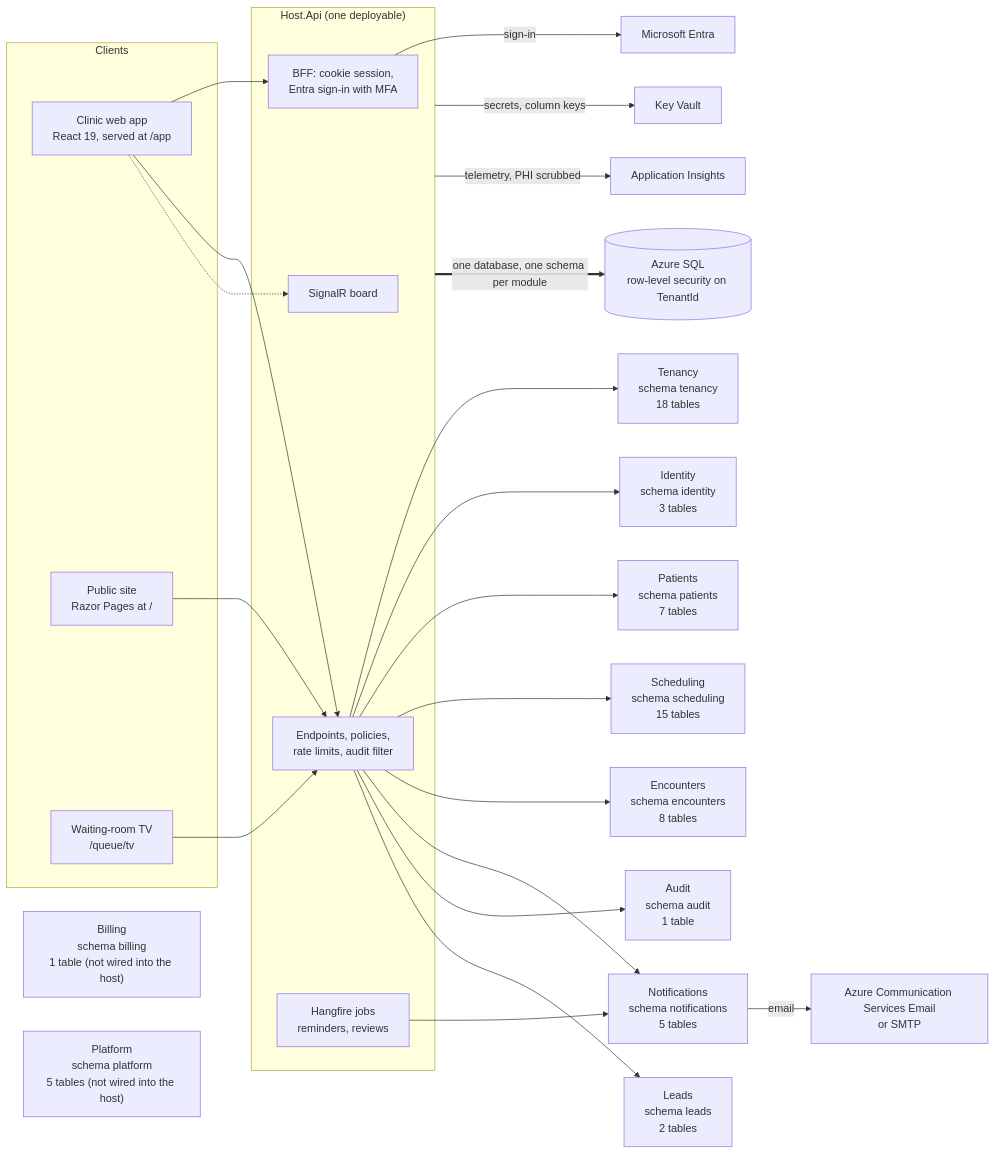
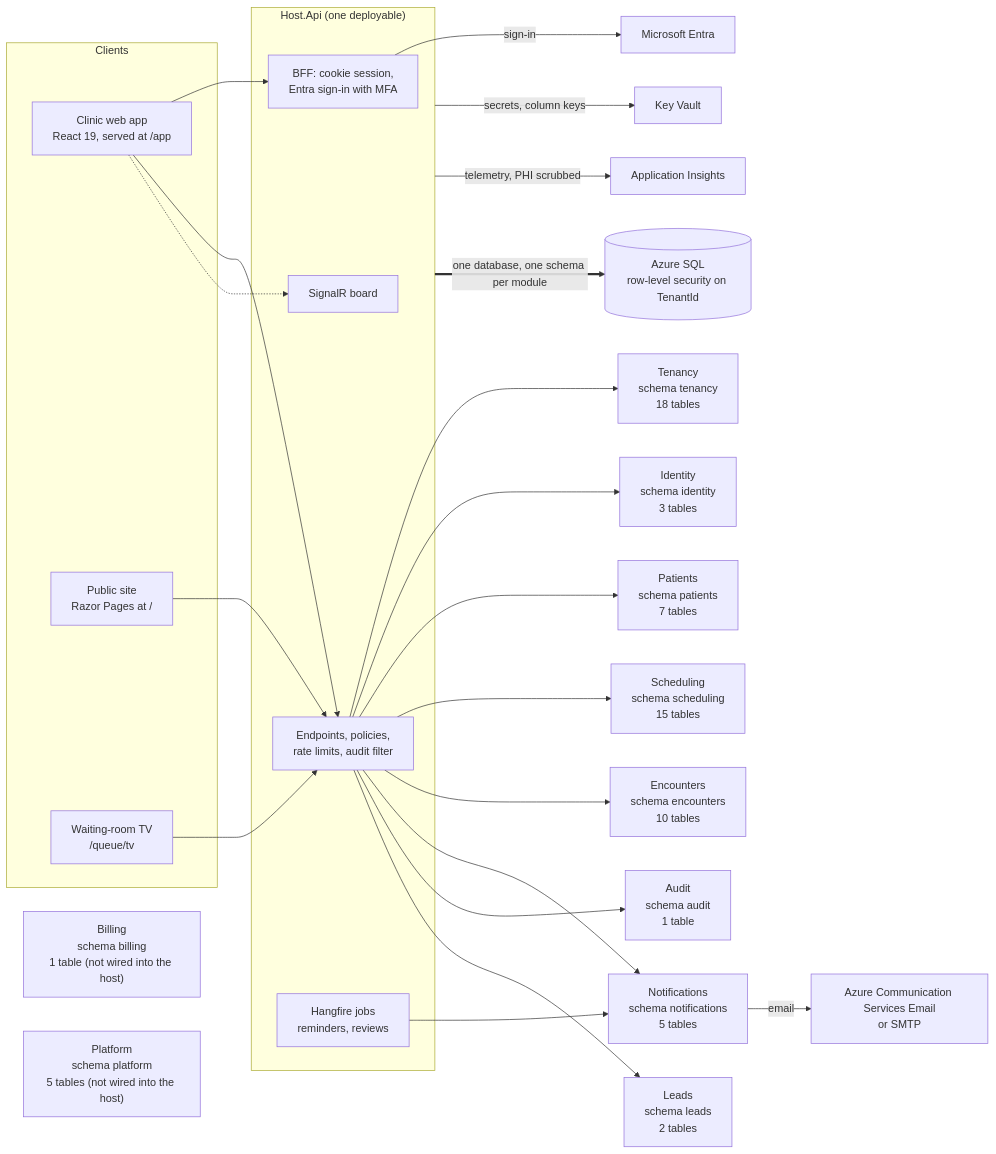
One commit to ALFRED-LUCIFER/medvya changed the first of 13 diagrams in docs/03-architecture/erd.md. Above: the diagram before and after it, drawn with Mermaid. The commit also changed other lines of this file and 37 other files, not shown here.

Commit message:
MDV-P2-011: medication reconciliation (chart vs patient-reported vs other, keep/change/stop) and chart medicine writer (E-07)

````diff
--- a/docs/03-architecture/erd.md
+++ b/docs/03-architecture/erd.md
@@ -15,35 +15,35 @@
 ```mermaid
 flowchart LR
   subgraph Clients
     web["Clinic web app<br/>React 19, served at /app"]
     site["Public site<br/>Razor Pages at /"]
     tv["Waiting-room TV<br/>/queue/tv"]
   end
   subgraph Host["Host.Api (one deployable)"]
     bff["BFF: cookie session,<br/>Entra sign-in with MFA"]
     api["Endpoints, policies,<br/>rate limits, audit filter"]
     hub["SignalR board"]
     jobs["Hangfire jobs<br/>reminders, reviews"]
   end
   web --> bff
   web --> api
   web -.-> hub
   tv --> api
   site --> api
   api --> Tenancy["Tenancy<br/>schema tenancy<br/>18 tables"]
   api --> Identity["Identity<br/>schema identity<br/>3 tables"]
   api --> Patients["Patients<br/>schema patients<br/>7 tables"]
   api --> Scheduling["Scheduling<br/>schema scheduling<br/>15 tables"]
-  api --> Encounters["Encounters<br/>schema encounters<br/>8 tables"]
+  api --> Encounters["Encounters<br/>schema encounters<br/>10 tables"]
   api --> Notifications["Notifications<br/>schema notifications<br/>5 tables"]
   api --> Audit["Audit<br/>schema audit<br/>1 table"]
   api --> Leads["Leads<br/>schema leads<br/>2 tables"]
   Billing["Billing<br/>schema billing<br/>1 table (not wired into the host)"]
   Platform["Platform<br/>schema platform<br/>5 tables (not wired into the host)"]
   jobs --> Notifications
   bff -->|"sign-in"| entra["Microsoft Entra"]
   Notifications -->|"email"| mail["Azure Communication Services Email<br/>or SMTP"]
   Host -->|"secrets, column keys"| kv["Key Vault"]
   Host -->|"telemetry, PHI scrubbed"| ai["Application Insights"]
   Host ==>|"one database, one schema per module"| sql[("Azure SQL<br/>row-level security on TenantId")]
 ```
````
